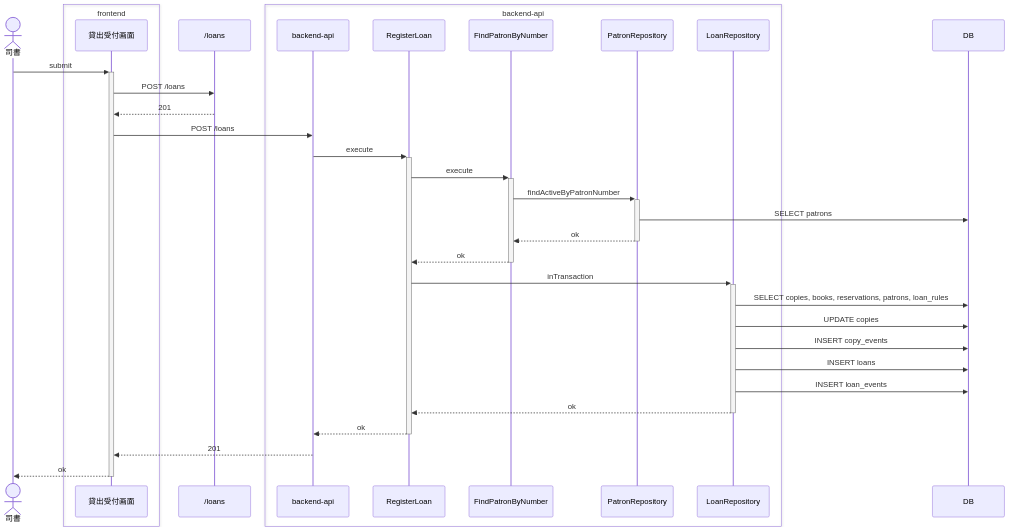
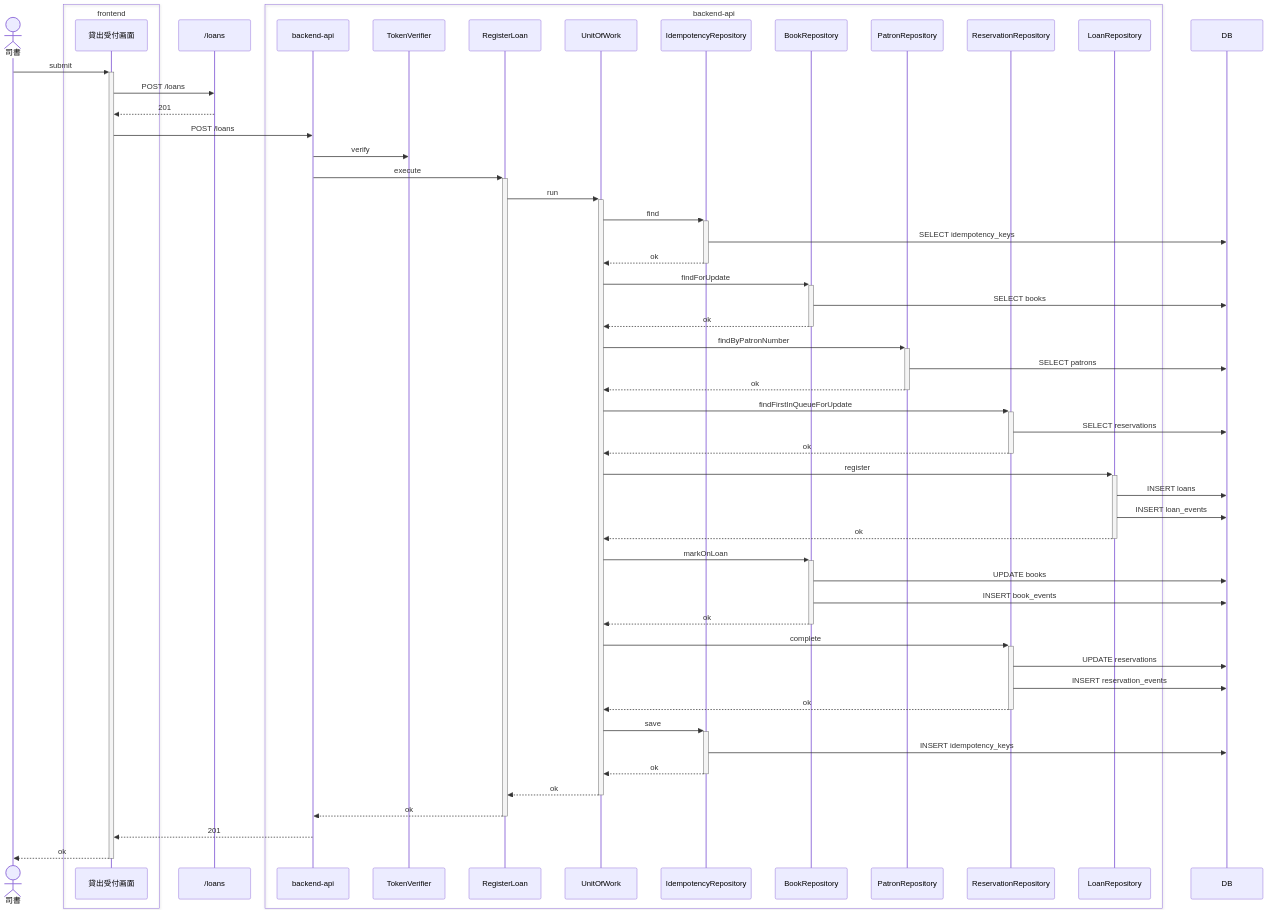
Before and after one commit to suwa-sh/suwa-sh-claude-plugins: the second of 6 diagrams in samples/distillery2/library-loan/docs/as-built/貸出業務/貸出を登録する/sequence.md, drawn with Mermaid. The commit also changed other lines of this file and 249 other files, not shown here.

````diff
--- a/samples/distillery2/library-loan/docs/as-built/貸出業務/貸出を登録する/sequence.md
+++ b/samples/distillery2/library-loan/docs/as-built/貸出業務/貸出を登録する/sequence.md
@@ -44,36 +57,58 @@
 ```mermaid
 sequenceDiagram
     actor p0 as 司書
     box transparent frontend
         participant p1 as 貸出受付画面
     end
     participant p2 as /loans
     box transparent backend-api
         participant p3 as backend-api
-        participant p4 as RegisterLoan
-        participant p5 as FindPatronByNumber
-        participant p6 as PatronRepository
-        participant p8 as LoanRepository
+        participant p4 as TokenVerifier
+        participant p5 as RegisterLoan
+        participant p6 as UnitOfWork
+        participant p7 as IdempotencyRepository
+        participant p9 as BookRepository
+        participant p10 as PatronRepository
+        participant p11 as ReservationRepository
+        participant p12 as LoanRepository
     end
-    participant p7 as DB
+    participant p8 as DB
     p0->>+p1: submit
     p1->>p2: POST /loans
     p2-->>p1: 201
     p1->>p3: POST /loans
-    p3->>+p4: execute
-    p4->>+p5: execute
-    p5->>+p6: findActiveByPatronNumber
-    p6->>p7: SELECT patrons
+    p3->>p4: verify
+    p3->>+p5: execute
+    p5->>+p6: run
+    p6->>+p7: find
+    p7->>p8: SELECT idempotency_keys
+    p7-->>-p6: ok
+    p6->>+p9: findForUpdate
+    p9->>p8: SELECT books
+    p9-->>-p6: ok
+    p6->>+p10: findByPatronNumber
+    p10->>p8: SELECT patrons
+    p10-->>-p6: ok
+    p6->>+p11: findFirstInQueueForUpdate
+    p11->>p8: SELECT reservations
+    p11-->>-p6: ok
+    p6->>+p12: register
+    p12->>p8: INSERT loans
+    p12->>p8: INSERT loan_events
+    p12-->>-p6: ok
+    p6->>+p9: markOnLoan
+    p9->>p8: UPDATE books
+    p9->>p8: INSERT book_events
+    p9-->>-p6: ok
+    p6->>+p11: complete
+    p11->>p8: UPDATE reservations
+    p11->>p8: INSERT reservation_events
+    p11-->>-p6: ok
+    p6->>+p7: save
+    p7->>p8: INSERT idempotency_keys
+    p7-->>-p6: ok
     p6-->>-p5: ok
-    p5-->>-p4: ok
-    p4->>+p8: inTransaction
-    p8->>p7: SELECT copies, books, reservations, patrons, loan_rules
-    p8->>p7: UPDATE copies
-    p8->>p7: INSERT copy_events
-    p8->>p7: INSERT loans
-    p8->>p7: INSERT loan_events
-    p8-->>-p4: ok
-    p4-->>-p3: ok
+    p5-->>-p3: ok
     p3-->>p1: 201
     p1-->>-p0: ok
 ```
````
